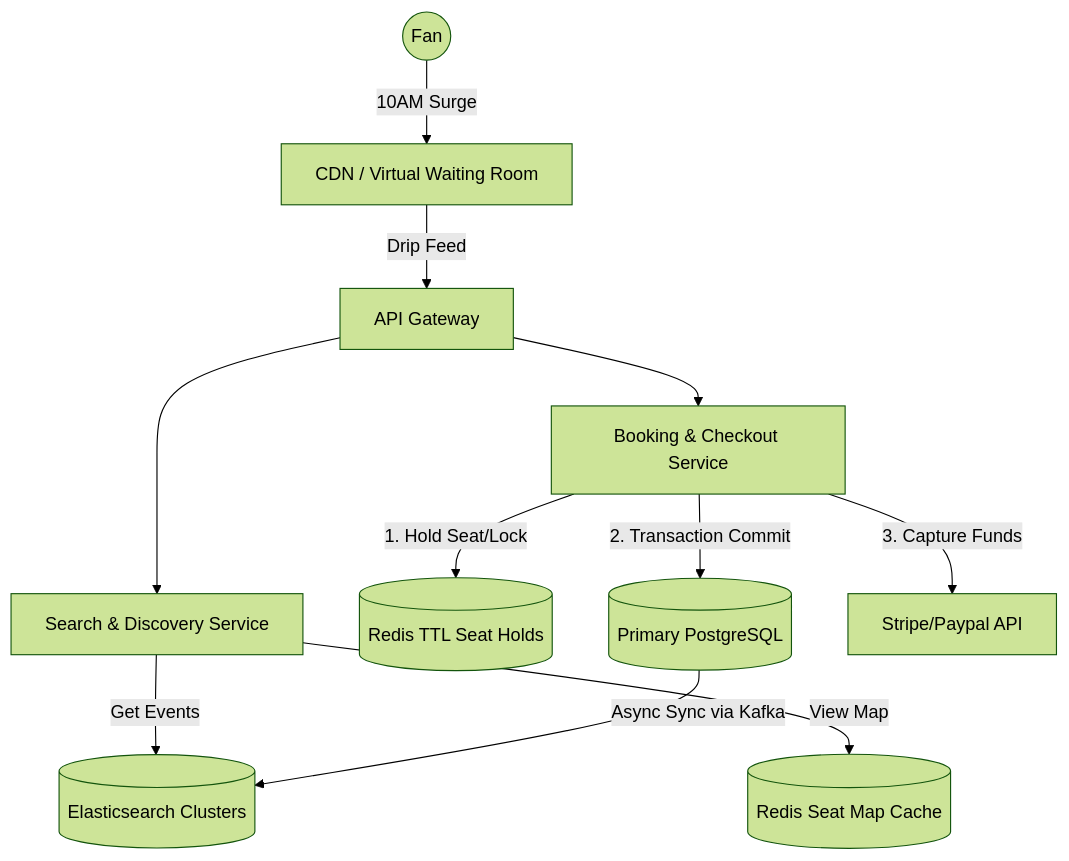
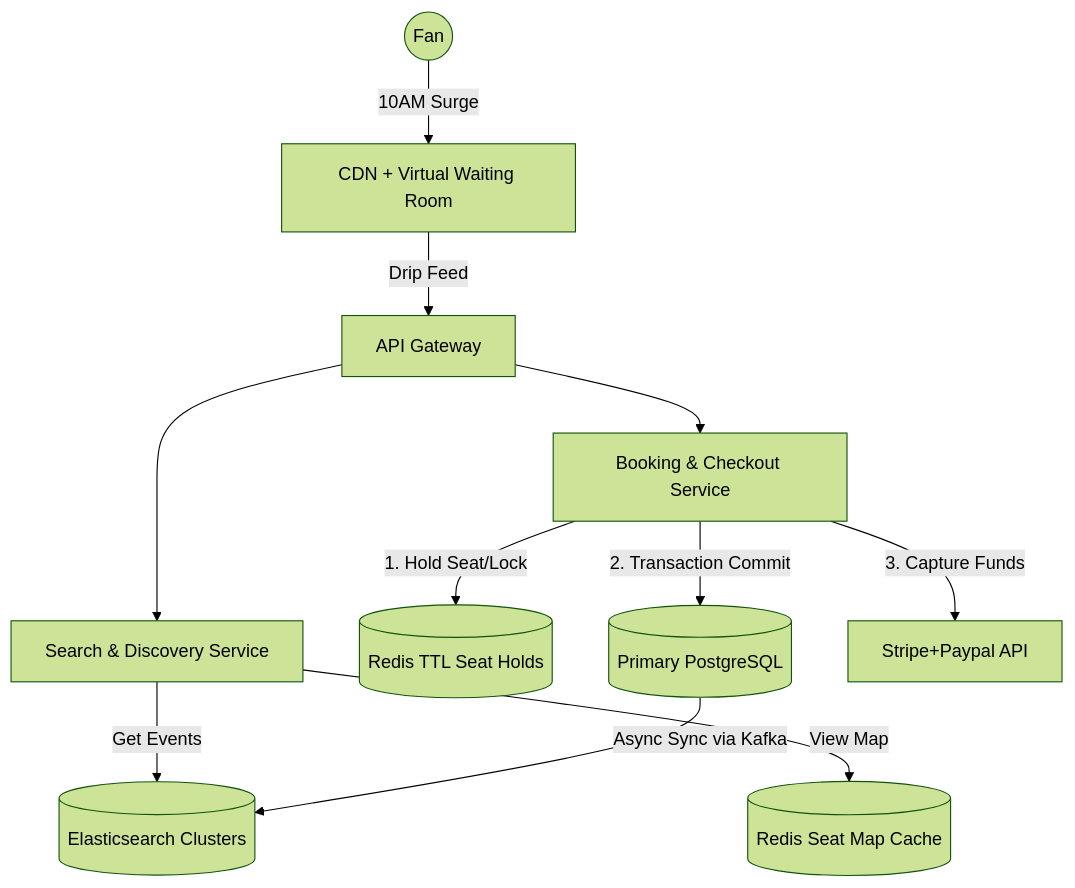
The first of 2 diagrams in Premium-Edition/02_Architectures/05_Ticketmaster_Booking.md (Amit506/System-Design), drawn with Mermaid (forest theme) before and after one commit. The commit also changed 32 other files, not shown here.

````diff
--- a/Premium-Edition/02_Architectures/05_Ticketmaster_Booking.md
+++ b/Premium-Edition/02_Architectures/05_Ticketmaster_Booking.md
@@ -32,17 +32,17 @@
 ```mermaid
 graph TD
-    Fan((Fan)) -->|10AM Surge| EdgeWait[CDN / Virtual Waiting Room]
+    Fan((Fan)) -->|10AM Surge| EdgeWait[CDN + Virtual Waiting Room]
     EdgeWait -->|Drip Feed| API_Gateway[API Gateway]
     
     API_Gateway --> SearchSvc[Search & Discovery Service]
     API_Gateway --> BookingSvc[Booking & Checkout Service]
     
     SearchSvc -->|Get Events| ElasticSearch[(Elasticsearch Clusters)]
     SearchSvc -->|View Map| RedisSearch[(Redis Seat Map Cache)]
     
     BookingSvc -->|1. Hold Seat/Lock| RedisLock[(Redis TTL Seat Holds)]
     BookingSvc -->|2. Transaction Commit| SQLDB[(Primary PostgreSQL)]
     
     SQLDB -->|Async Sync via Kafka| ElasticSearch
-    BookingSvc -->|3. Capture Funds| PaymentGateway[Stripe/Paypal API]
+    BookingSvc -->|3. Capture Funds| PaymentGateway[Stripe+Paypal API]
 ```
````
